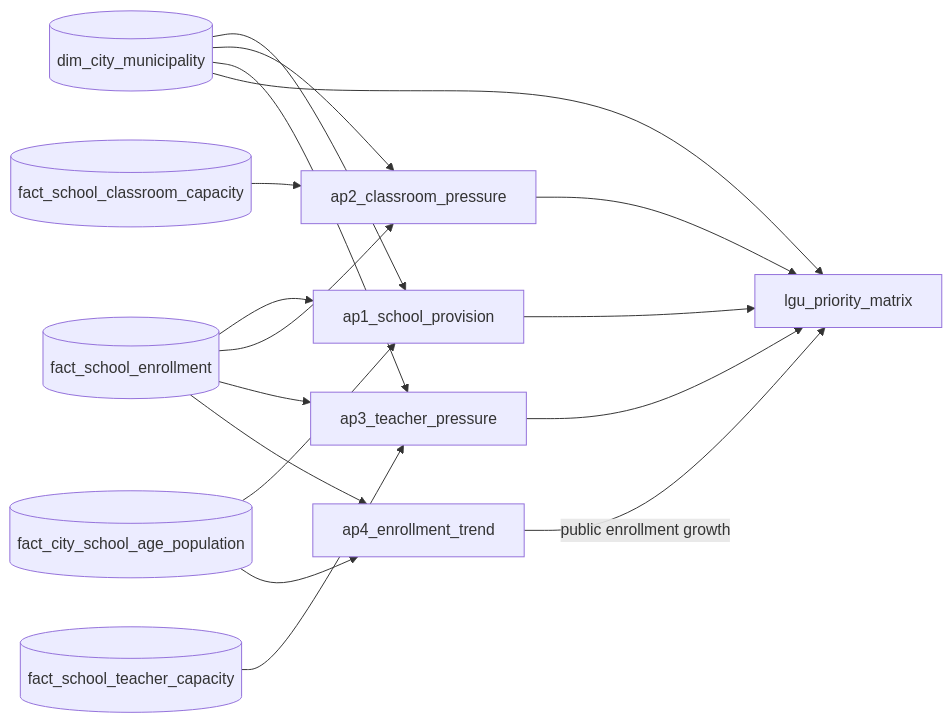
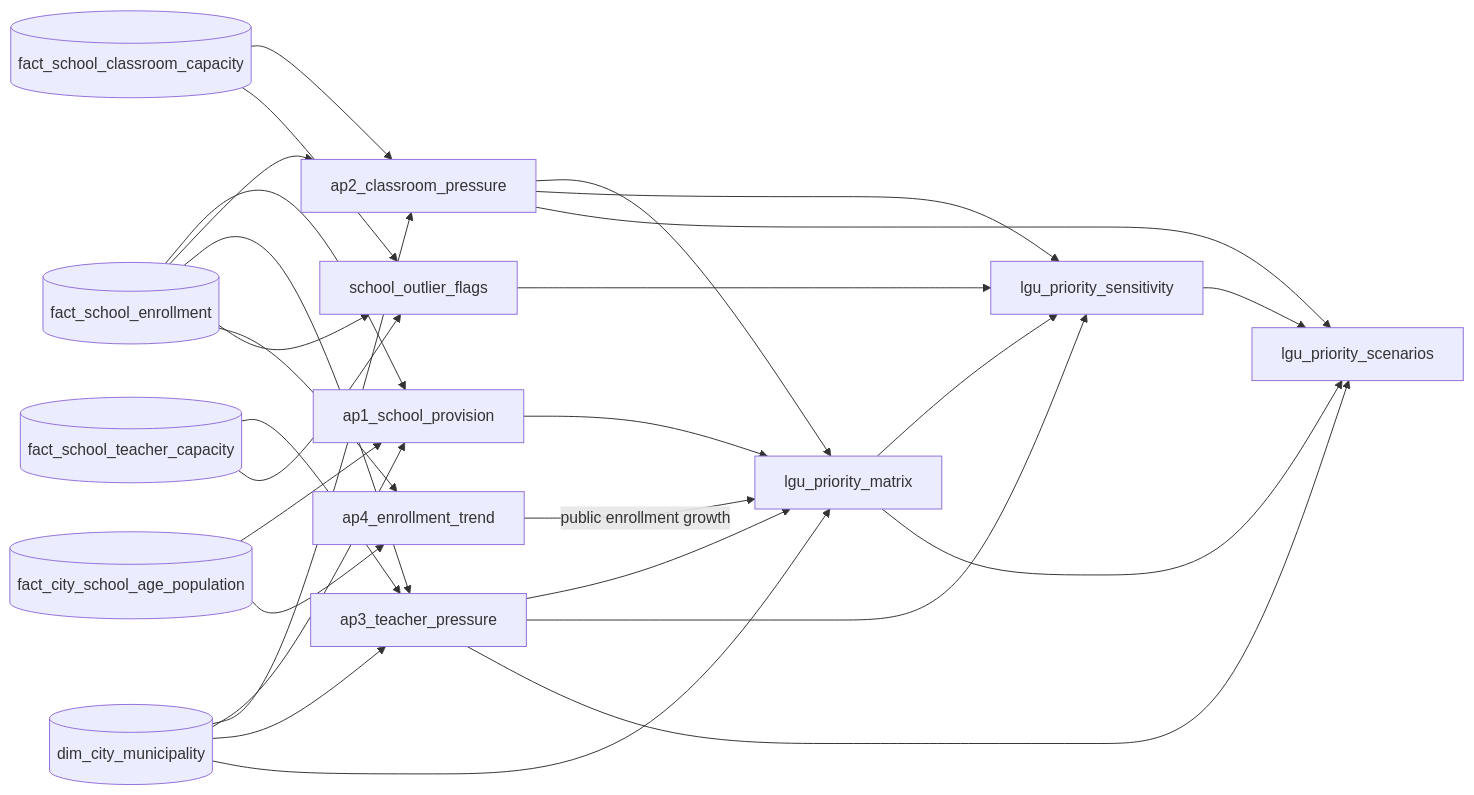
Before and after one commit to reached-hq/edu-access-intelligence: the diagram in etl/06_analytics/README.md, drawn with Mermaid. The commit also changed other lines of this file and 23 other files, not shown here.

First line of the commit message:
Bring the sandbox dashboard review, outlier sensitivity and planner guide into main (#241)

````diff
--- a/etl/06_analytics/README.md
+++ b/etl/06_analytics/README.md
@@ -7,12 +7,15 @@
 ```mermaid
 flowchart LR
     enroll[(fact_school_enrollment)] --> ap1 & ap2 & ap3 & ap4
     age[(fact_city_school_age_population)] --> ap1 & ap4
     rooms[(fact_school_classroom_capacity)] --> ap2
     teachers[(fact_school_teacher_capacity)] --> ap3
     city[(dim_city_municipality)] --> ap1 & ap2 & ap3 & matrix
     ap1[ap1_school_provision] --> matrix
     ap2[ap2_classroom_pressure] --> matrix
     ap3[ap3_teacher_pressure] --> matrix
     ap4[ap4_enrollment_trend] -->|public enrollment growth| matrix[lgu_priority_matrix]
+    enroll & rooms & teachers --> flags[school_outlier_flags]
+    flags & matrix & ap2 & ap3 --> sens[lgu_priority_sensitivity]
+    sens & matrix & ap2 & ap3 --> scen[lgu_priority_scenarios]
 ```
````
